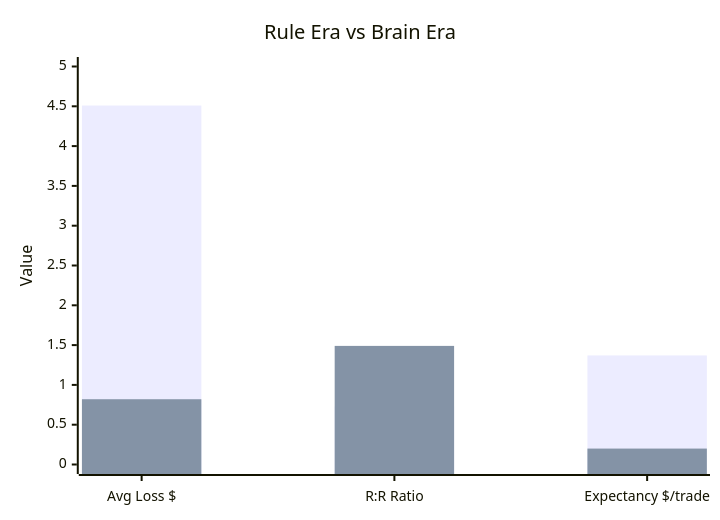
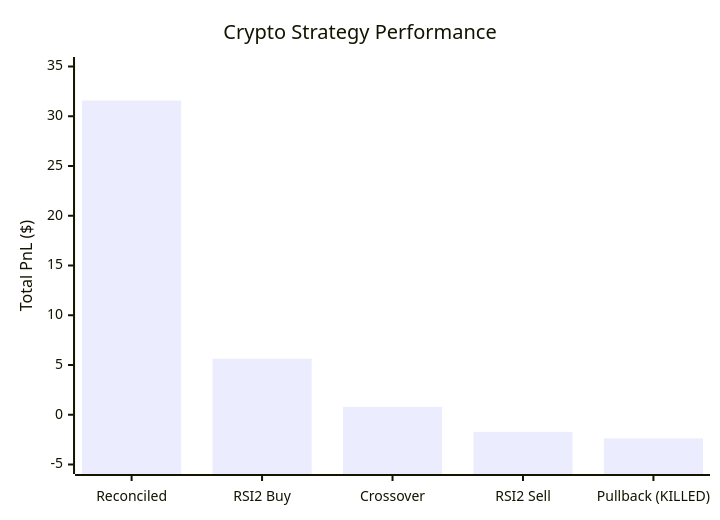
The ninth of 11 diagrams in ARCHITECTURE_BRAIN.md (DisciplinedFlow/metatrader5-quant-server), drawn with Mermaid before and after one commit. The commit also changed other lines of this file and 83 other files, not shown here.

Commit message:
feat: Expand architecture for dual-domain trading, add crypto ML, Lighter.xyz integration, and extensive backtest data.

````diff
--- a/ARCHITECTURE_BRAIN.md
+++ b/ARCHITECTURE_BRAIN.md
@@ -212,8 +327,7 @@
 ```mermaid
 xychart-beta
-    title "Rule Era vs Brain Era"
-    x-axis ["Avg Loss $", "R:R Ratio", "Expectancy $/trade"]
-    y-axis "Value" 0 --> 5
-    bar [4.51, 0.73, 1.37]
-    bar [0.82, 1.49, 0.20]
+    title "Crypto Strategy Performance"
+    x-axis ["Reconciled", "RSI2 Buy", "Crossover", "RSI2 Sell", "Pullback (KILLED)"]
+    y-axis "Total PnL ($)" -5 --> 35
+    bar [31.58, 5.63, 0.79, -1.72, -2.38]
 ```
````
